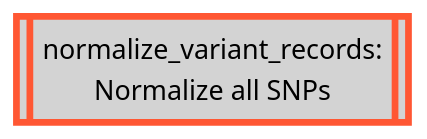
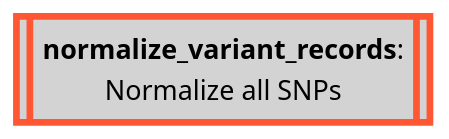
Before and after one commit to Tuks-ICMM/Pharmacogenetic-Analysis-Pipeline: the third of 34 diagrams in docs/02-workflow/02-methodology-summary.md, drawn with Mermaid. The commit also changed other lines of this file, not shown here.

````diff
--- a/docs/02-workflow/02-methodology-summary.md
+++ b/docs/02-workflow/02-methodology-summary.md
@@ -261,7 +303,8 @@
   ```mermaid
   flowchart TD
-    normalize_variant_records[[normalize_variant_records:\nNormalize all SNPs]]
+    normalize_variant_records[["`**normalize_variant_records**:
+    Normalize all SNPs`"]]
 
     classDef bcftools stroke:#FF5733,fill:#D3D3D3,stroke-width:4px,color:black;
     class normalize_variant_records bcftools;
   ```
````
